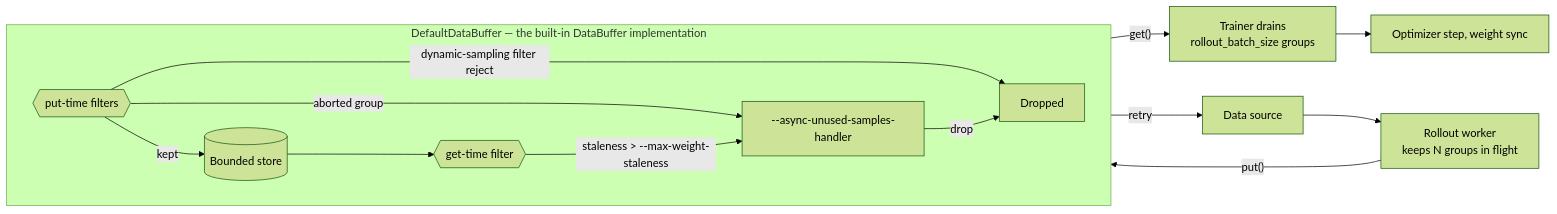
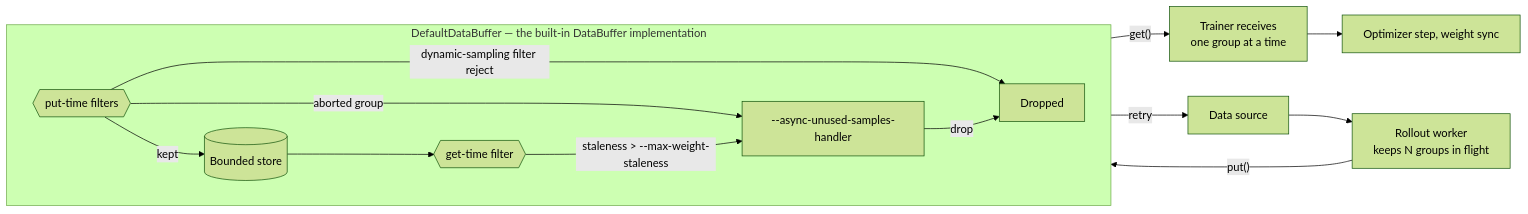
Before and after one commit to radixark/miles: the diagram in docs/user-guide/fully-async.md, drawn with Mermaid (forest theme). The commit also changed other lines of this file and 2 other files, not shown here.

Commit message:
Preserve batches between buffer removal and rollout handoff

````diff
--- a/docs/user-guide/fully-async.md
+++ b/docs/user-guide/fully-async.md
@@ -133,18 +137,18 @@
 ```mermaid
 flowchart LR
     DS[Data source] --> W["Rollout worker<br/>keeps N groups in flight"]
     W -->|"put()"| PF
     subgraph DB["DefaultDataBuffer — the built-in DataBuffer implementation"]
         direction LR
         PF{{"put-time filters"}}
         PF -->|aborted group| U["--async-unused-samples-handler"]
         PF -->|dynamic-sampling filter reject| X[Dropped]
         PF -->|kept| B[("Bounded store")]
         B --> GF{{"get-time filter"}}
         GF -->|"staleness > --max-weight-staleness"| U
         U -->|drop| X
     end
-    GF -->|"get()"| T["Trainer drains<br/>rollout_batch_size groups"]
+    GF -->|"get()"| T["Trainer receives<br/>one group at a time"]
     U -->|retry| DS
     T --> S[Optimizer step, weight sync]
 ```
````
